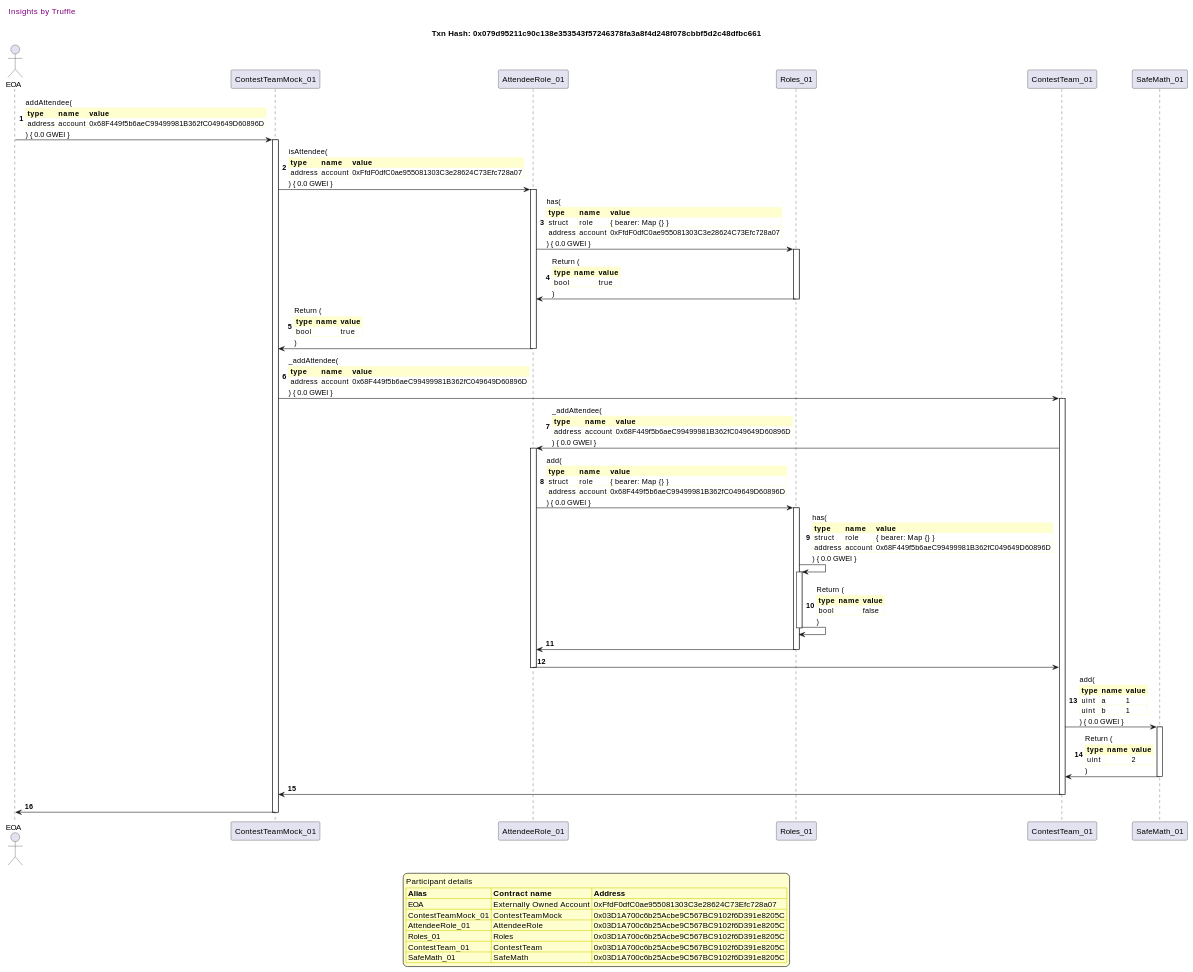
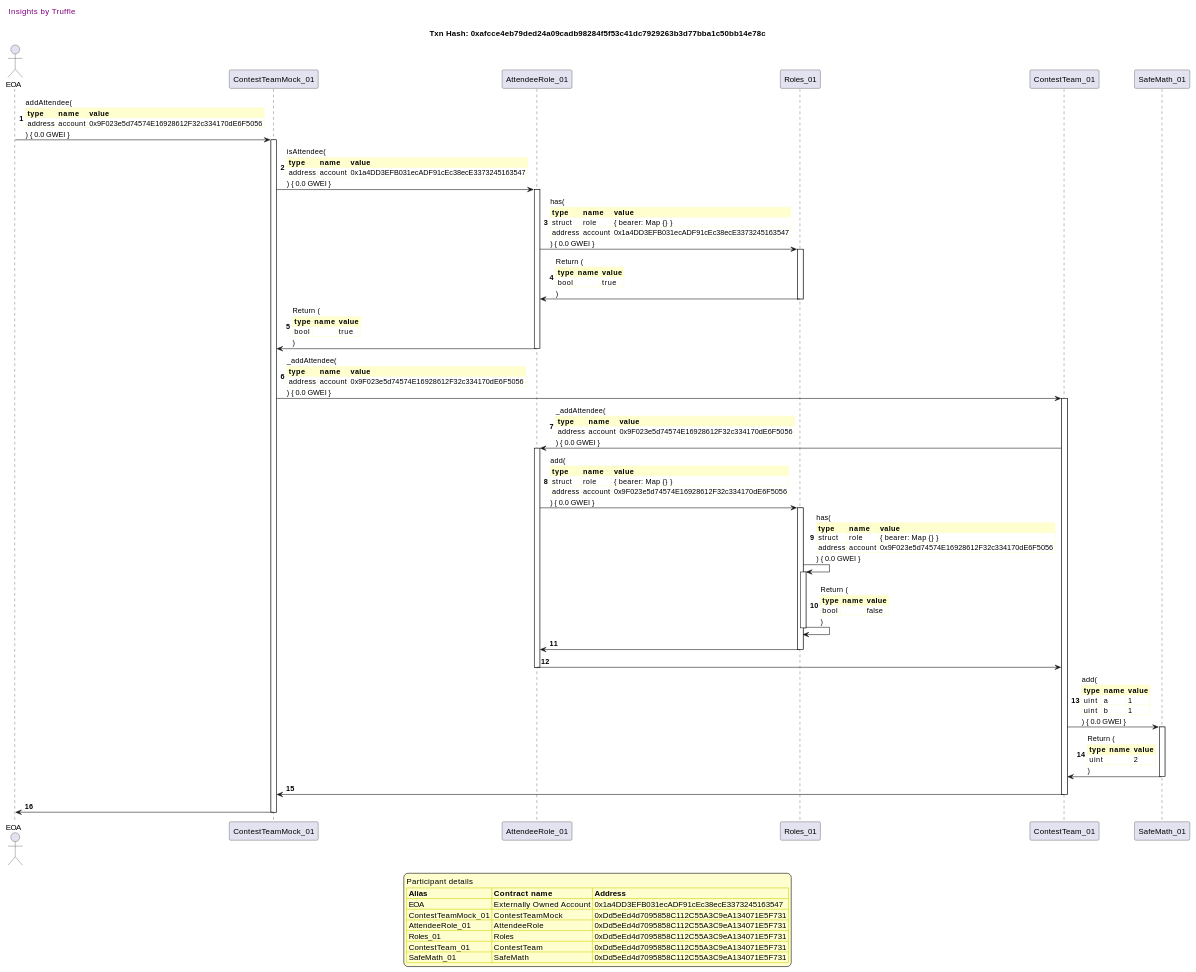
The ninth of 50 diagrams in truffle-seq/core_contestteam.md (fodisi/hackapay), drawn with PlantUML before and after one commit. The commit also changed other lines of this file and 10 other files, not shown here.

```diff
--- a/truffle-seq/core_contestteam.md
+++ b/truffle-seq/core_contestteam.md
@@ -794,7 +789,7 @@
 
 header Insights by Truffle
 
-title Txn Hash: 0x079d95211c90c138e353543f57246378fa3a8f4d248f078cbbf5d2c48dfbc661
+title Txn Hash: 0xafcce4eb79ded24a09cadb98284f5f53c41dc7929263b3d77bba1c50bb14e78c
 
 
 actor EOA as "EOA"
@@ -806,16 +801,16 @@
 
 "EOA" -> "ContestTeamMock_01" ++: addAttendee(\n\
 <#FEFECE,#FEFECE>|= type |= name |= value |\n\
-| address | account | 0x68F449f5b6aeC99499981B362fC049649D60896D |\n\
+| address | account | 0x9F023e5d74574E16928612F32c334170dE6F5056 |\n\
 ) { 0.0 GWEI }
 "ContestTeamMock_01" -> "AttendeeRole_01" ++: isAttendee(\n\
 <#FEFECE,#FEFECE>|= type |= name |= value |\n\
-| address | account | 0xFfdF0dfC0ae955081303C3e28624C73Efc728a07 |\n\
+| address | account | 0x1a4DD3EFB031ecADF91cEc38ecE3373245163547 |\n\
 ) { 0.0 GWEI }
 "AttendeeRole_01" -> "Roles_01" ++: has(\n\
 <#FEFECE,#FEFECE>|= type |= name |= value |\n\
 | struct | role | { bearer: Map {} } |\n\
-| address | account | 0xFfdF0dfC0ae955081303C3e28624C73Efc728a07 |\n\
+| address | account | 0x1a4DD3EFB031ecADF91cEc38ecE3373245163547 |\n\
 ) { 0.0 GWEI }
 "Roles_01" -> "AttendeeRole_01" --: Return (\n\
 <#FEFECE,#FEFECE>|= type |= name |= value |\n\
@@ -827,21 +822,21 @@
 )
 "ContestTeamMock_01" -> "ContestTeam_01" ++: _addAttendee(\n\
 <#FEFECE,#FEFECE>|= type |= name |= value |\n\
-| address | account | 0x68F449f5b6aeC99499981B362fC049649D60896D |\n\
+| address | account | 0x9F023e5d74574E16928612F32c334170dE6F5056 |\n\
 ) { 0.0 GWEI }
 "ContestTeam_01" -> "AttendeeRole_01" ++: _addAttendee(\n\
 <#FEFECE,#FEFECE>|= type |= name |= value |\n\
-| address | account | 0x68F449f5b6aeC99499981B362fC049649D60896D |\n\
+| address | account | 0x9F023e5d74574E16928612F32c334170dE6F5056 |\n\
 ) { 0.0 GWEI }
 "AttendeeRole_01" -> "Roles_01" ++: add(\n\
 <#FEFECE,#FEFECE>|= type |= name |= value |\n\
 | struct | role | { bearer: Map {} } |\n\
-| address | account | 0x68F449f5b6aeC99499981B362fC049649D60896D |\n\
+| address | account | 0x9F023e5d74574E16928612F32c334170dE6F5056 |\n\
 ) { 0.0 GWEI }
 "Roles_01" -> "Roles_01" ++: has(\n\
 <#FEFECE,#FEFECE>|= type |= name |= value |\n\
 | struct | role | { bearer: Map {} } |\n\
-| address | account | 0x68F449f5b6aeC99499981B362fC049649D60896D |\n\
+| address | account | 0x9F023e5d74574E16928612F32c334170dE6F5056 |\n\
 ) { 0.0 GWEI }
 "Roles_01" -> "Roles_01" --: Return (\n\
 <#FEFECE,#FEFECE>|= type |= name |= value |\n\
@@ -864,12 +859,12 @@
 legend
 Participant details
 <#FEFECE,#D0D000>|= Alias |= Contract name |= Address |
-<#FEFECE>| EOA | Externally Owned Account | 0xFfdF0dfC0ae955081303C3e28624C73Efc728a07 |
-<#FEFECE>| ContestTeamMock_01 | ContestTeamMock | 0x03D1A700c6b25Acbe9C567BC9102f6D391e8205C |
-<#FEFECE>| AttendeeRole_01 | AttendeeRole | 0x03D1A700c6b25Acbe9C567BC9102f6D391e8205C |
-<#FEFECE>| Roles_01 | Roles | 0x03D1A700c6b25Acbe9C567BC9102f6D391e8205C |
-<#FEFECE>| ContestTeam_01 | ContestTeam | 0x03D1A700c6b25Acbe9C567BC9102f6D391e8205C |
-<#FEFECE>| SafeMath_01 | SafeMath | 0x03D1A700c6b25Acbe9C567BC9102f6D391e8205C |
+<#FEFECE>| EOA | Externally Owned Account | 0x1a4DD3EFB031ecADF91cEc38ecE3373245163547 |
+<#FEFECE>| ContestTeamMock_01 | ContestTeamMock | 0xDd5eEd4d7095858C112C55A3C9eA134071E5F731 |
+<#FEFECE>| AttendeeRole_01 | AttendeeRole | 0xDd5eEd4d7095858C112C55A3C9eA134071E5F731 |
+<#FEFECE>| Roles_01 | Roles | 0xDd5eEd4d7095858C112C55A3C9eA134071E5F731 |
+<#FEFECE>| ContestTeam_01 | ContestTeam | 0xDd5eEd4d7095858C112C55A3C9eA134071E5F731 |
+<#FEFECE>| SafeMath_01 | SafeMath | 0xDd5eEd4d7095858C112C55A3C9eA134071E5F731 |
 endlegend
 
 @enduml
```
